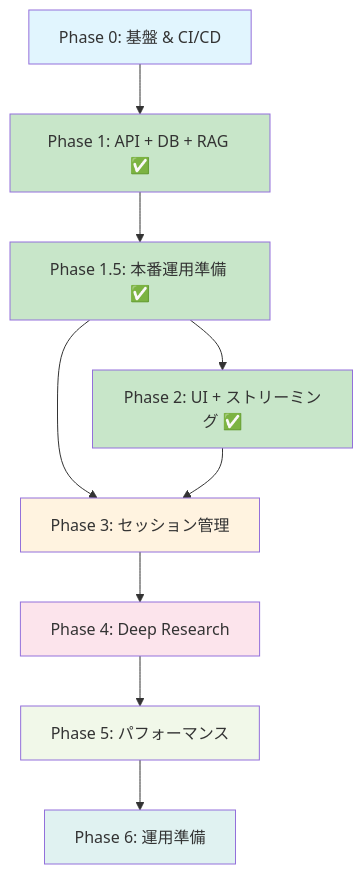
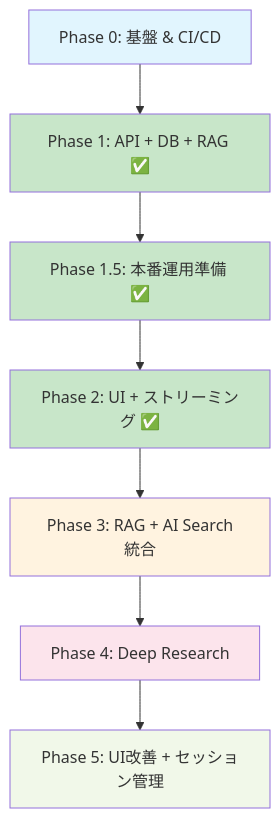
The diagram in docs/roadmap.md (kenjishioya/llm-app-trial-with-ai-driven), drawn with Mermaid before and after one commit. The commit also changed other lines of this file and 1 other file, not shown here.

Commit message:
docs: restructure roadmap phases 3-5 with AI Search focus

````diff
--- a/docs/roadmap.md
+++ b/docs/roadmap.md
@@ -397,20 +419,17 @@
 ```mermaid
 graph TD
     P0[Phase 0: 基盤 & CI/CD] --> P1[Phase 1: API + DB + RAG ✅]
     P1 --> P1_5[Phase 1.5: 本番運用準備 ✅]
     P1_5 --> P2[Phase 2: UI + ストリーミング ✅]
-    P1_5 --> P3[Phase 3: セッション管理]
-    P2 --> P3
+    P2 --> P3[Phase 3: RAG + AI Search統合]
     P3 --> P4[Phase 4: Deep Research]
-    P4 --> P5[Phase 5: パフォーマンス]
-    P5 --> P6[Phase 6: 運用準備]
+    P4 --> P5[Phase 5: UI改善 + セッション管理]
 
     style P0 fill:#e1f5fe
     style P1 fill:#c8e6c9
     style P1_5 fill:#c8e6c9
     style P2 fill:#c8e6c9
     style P3 fill:#fff3e0
     style P4 fill:#fce4ec
     style P5 fill:#f1f8e9
-    style P6 fill:#e0f2f1
 ```
````
